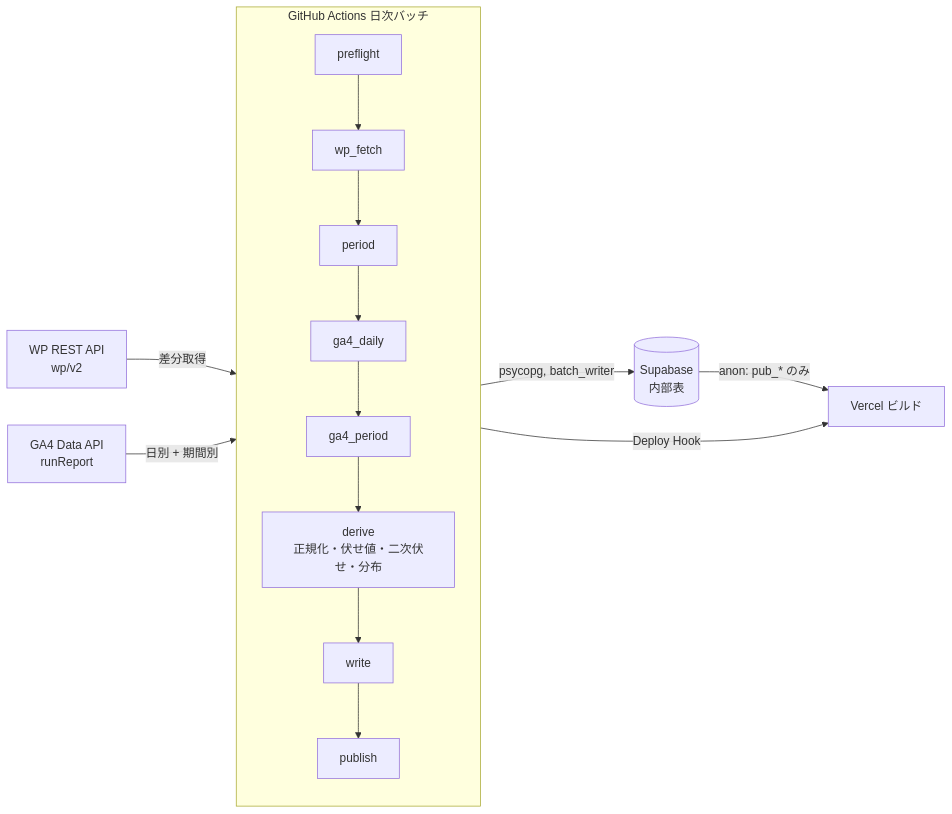
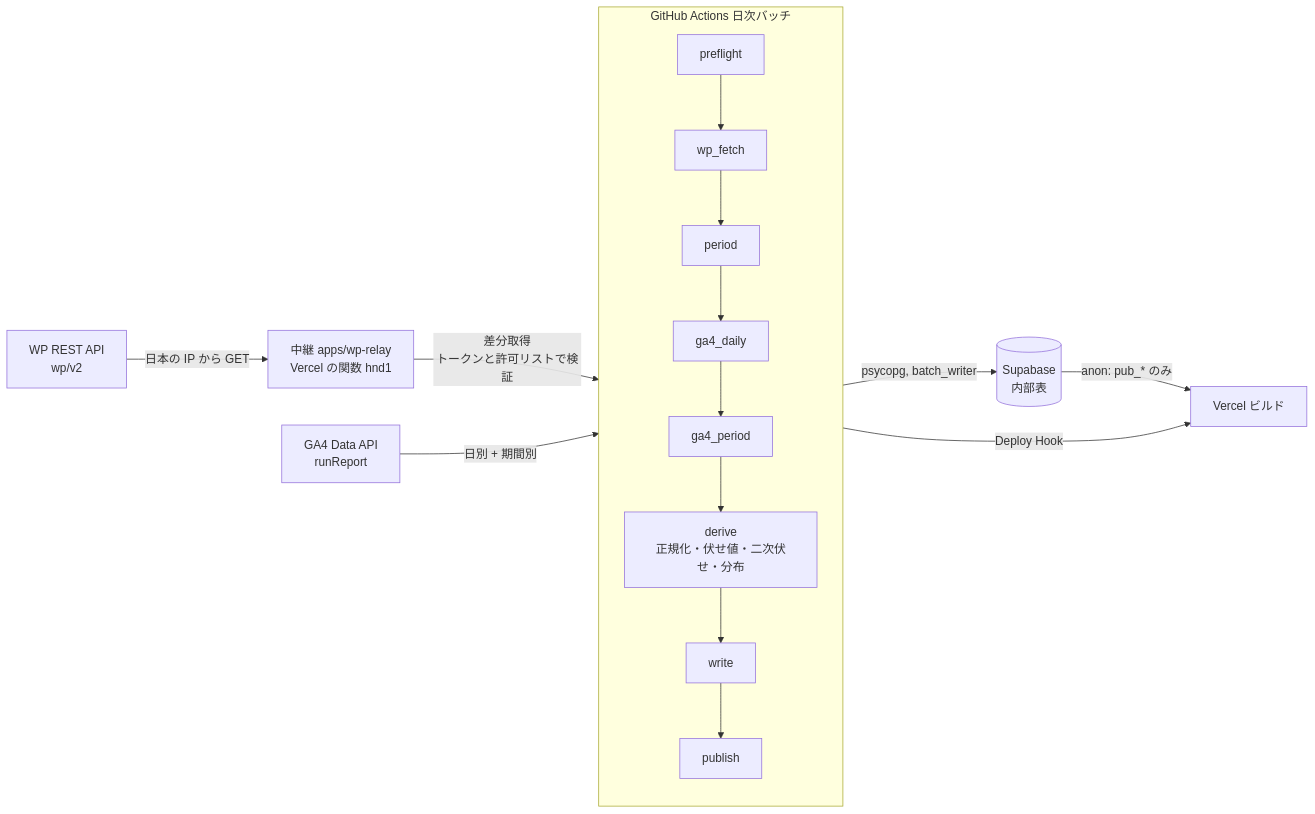
Before and after one commit to takatsu-connect/access-analyzer: the diagram in docs/design/03_data_pipeline.md, drawn with Mermaid. The commit also changed other lines of this file and 4 other files, not shown here.

````diff
--- a/docs/design/03_data_pipeline.md
+++ b/docs/design/03_data_pipeline.md
@@ -37,12 +38,13 @@
 ```mermaid
 flowchart LR
-  WP[WP REST API<br/>wp/v2] -->|差分取得| B
+  WP[WP REST API<br/>wp/v2] -->|日本の IP から GET| R[中継 apps/wp-relay<br/>Vercel の関数 hnd1]
+  R -->|差分取得<br/>トークンと許可リストで検証| B
   GA[GA4 Data API<br/>runReport] -->|日別 + 期間別| B
   subgraph B[GitHub Actions 日次バッチ]
     direction TB
     P0[preflight] --> P1[wp_fetch] --> P2[period] --> P3[ga4_daily] --> P4[ga4_period] --> P5[derive<br/>正規化・伏せ値・二次伏せ・分布] --> P6[write] --> P7[publish]
   end
   P6 -->|psycopg, batch_writer| SB[(Supabase<br/>内部表)]
   P7 -->|Deploy Hook| V[Vercel ビルド]
   SB -->|anon: pub_* のみ| V
 ```
````
